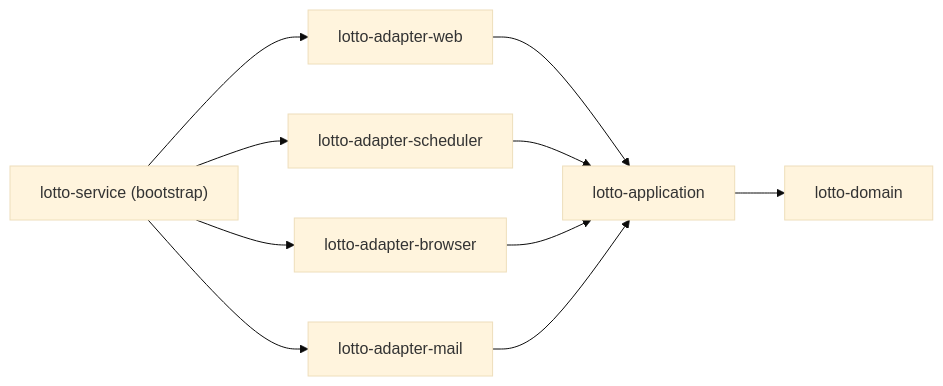
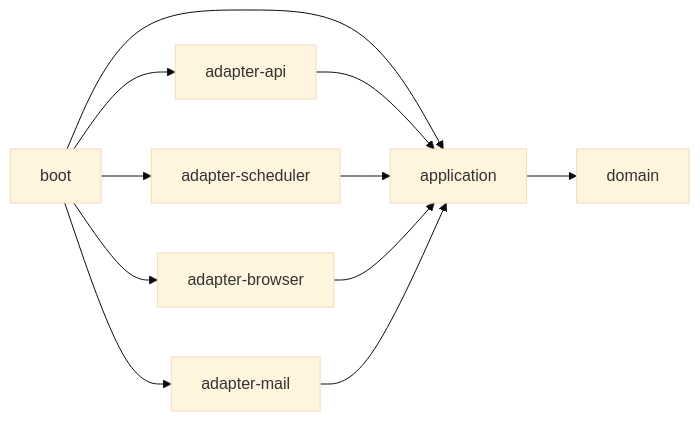
The diagram in docs/clean-architecture.md (now-start/lotto-service), drawn with Mermaid (base theme) before and after one commit. The commit also changed other lines of this file and 115 other files, not shown here.

Commit message:
refactor(lotto): isolate account sessions and separate boot and domain modules

````diff
--- a/docs/clean-architecture.md
+++ b/docs/clean-architecture.md
@@ -34,12 +37,13 @@
 ```mermaid
 flowchart LR
-  root["lotto-service (bootstrap)"] --> web["lotto-adapter-web"]
-  root --> scheduler["lotto-adapter-scheduler"]
-  root --> browser["lotto-adapter-browser"]
-  root --> mail["lotto-adapter-mail"]
-  web --> app["lotto-application"]
+  boot["boot"] --> app["application"]
+  boot --> api["adapter-api"]
+  boot --> scheduler["adapter-scheduler"]
+  boot --> browser["adapter-browser"]
+  boot --> mail["adapter-mail"]
+  api --> app
   scheduler --> app
   browser --> app
   mail --> app
-  app --> domain["lotto-domain"]
+  app --> domain["domain"]
 ```
````
